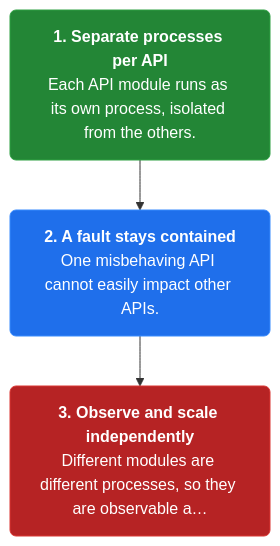
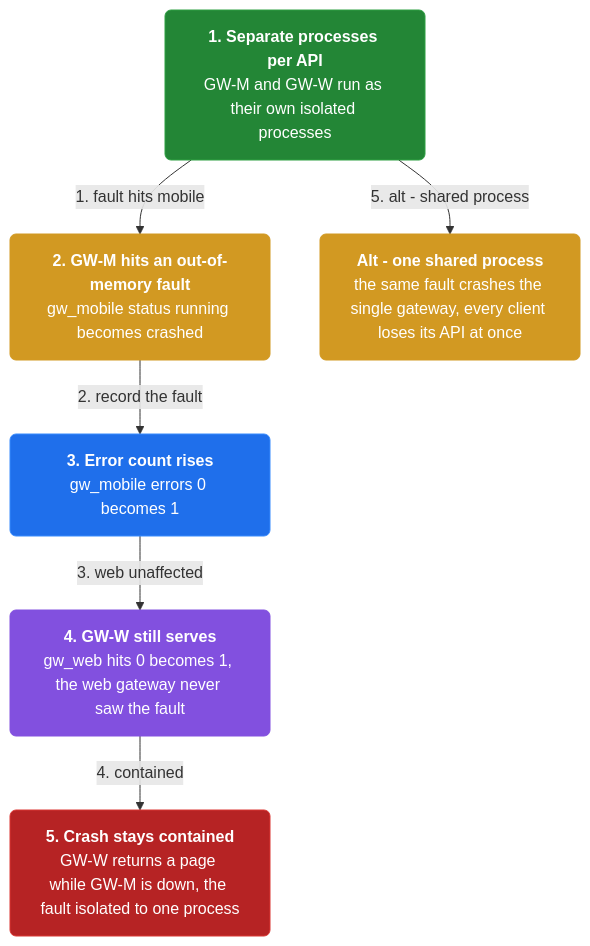
One commit to vinayakuber/microservices-io-study-guide changed the third of 4 diagrams in docs/ch24-backends-for-frontends.md. Above: the diagram before and after it, drawn with Mermaid. The commit also changed other lines of this file and 46 other files, not shown here.

First line of the commit message:
Author rich branching flow diagrams for all 44 chapters

````diff
--- a/docs/ch24-backends-for-frontends.md
+++ b/docs/ch24-backends-for-frontends.md
@@ -91,11 +108,19 @@
 ```mermaid
 flowchart TD
-  classDef step fill:#1f6feb,color:#ffffff,stroke:#388bfd,stroke-width:1px,rx:6
+  classDef step fill:#1f6feb,color:#ffffff,stroke:#388bfd,rx:6
+  classDef core fill:#8250df,color:#ffffff,stroke:#8250df,rx:6
+  classDef warn fill:#d29922,color:#ffffff,stroke:#d29922,rx:6
   classDef start fill:#238636,color:#ffffff,stroke:#2ea043,rx:6
   classDef stop fill:#b62324,color:#ffffff,stroke:#da3633,rx:6
-  s2n0["<b>1. Separate processes per API</b><br/>Each API module runs as its own process, isolated from the others."]:::start
-  s2n1["<b>2. A fault stays contained</b><br/>One misbehaving API cannot easily impact other APIs."]:::step
-  s2n2["<b>3. Observe and scale independently</b><br/>Different modules are different processes, so they are observable a…"]:::stop
-  s2n0 --> s2n1
-  s2n1 --> s2n2
+  n0["<b>1. Separate processes per API</b><br/>GW-M and GW-W run as their own isolated processes"]:::start
+  n1["<b>2. GW-M hits an out-of-memory fault</b><br/>gw_mobile status running becomes crashed"]:::warn
+  n2["<b>3. Error count rises</b><br/>gw_mobile errors 0 becomes 1"]:::step
+  n3["<b>4. GW-W still serves</b><br/>gw_web hits 0 becomes 1, the web gateway never saw the fault"]:::core
+  n4["<b>5. Crash stays contained</b><br/>GW-W returns a page while GW-M is down, the fault isolated to one process"]:::stop
+  n5["<b>Alt - one shared process</b><br/>the same fault crashes the single gateway, every client loses its API at once"]:::warn
+  n0 -->|"1. fault hits mobile"| n1
+  n1 -->|"2. record the fault"| n2
+  n2 -->|"3. web unaffected"| n3
+  n3 -->|"4. contained"| n4
+  n0 -->|"5. alt - shared process"| n5
 ```
````
